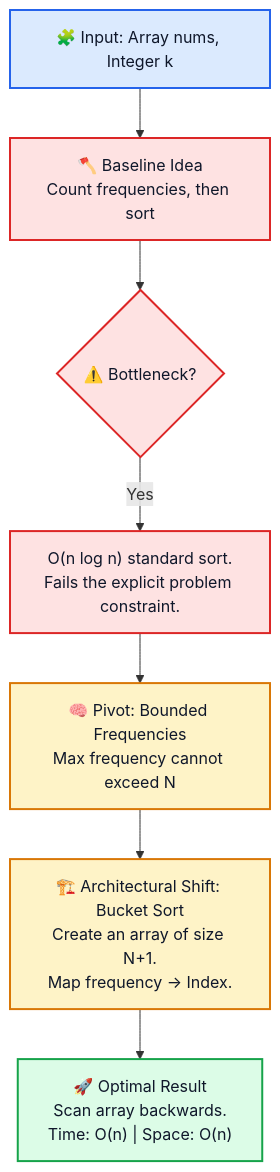
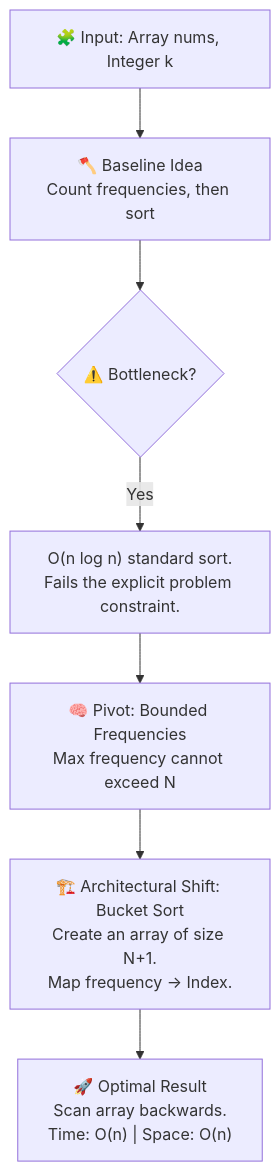
Before and after one commit to M-F-Tushar/LeetCode-Problem-Solving: the third of 12 diagrams in 05 - Top K Frequent Elements/README.md, drawn with Mermaid. The commit also changed other lines of this file and 6 other files, not shown here.

Commit message:
added 06 - Is Subsequence, 07 - Longest Consecutive Sequence

````diff
--- a/05 - Top K Frequent Elements/README.md
+++ b/05 - Top K Frequent Elements/README.md
@@ -112,23 +114,15 @@
 ```mermaid
 flowchart TD
     A["🧩 Input: Array nums, Integer k"] --> B["🪓 Baseline Idea\nCount frequencies, then sort"]
 
     B --> C{"⚠️ Bottleneck?"}
     C -->|"Yes"| D["O(n log n) standard sort.\nFails the explicit problem constraint."]
 
     D --> E["🧠 Pivot: Bounded Frequencies\nMax frequency cannot exceed N"]
 
     E --> F["🏗️ Architectural Shift: Bucket Sort\nCreate an array of size N+1.\nMap frequency → Index."]
 
     F --> G["🚀 Optimal Result\nScan array backwards.\nTime: O(n) | Space: O(n)"]
 
-    classDef problem fill:#dbeafe,stroke:#2563eb,stroke-width:2px,color:#0f172a;
-    classDef danger fill:#fee2e2,stroke:#dc2626,stroke-width:2px,color:#0f172a;
-    classDef insight fill:#fef3c7,stroke:#d97706,stroke-width:2px,color:#0f172a;
-    classDef optimize fill:#dcfce7,stroke:#16a34a,stroke-width:2px,color:#0f172a;
 
-    class A problem;
-    class B,C,D danger;
-    class E,F insight;
-    class G optimize;
 ```
````
